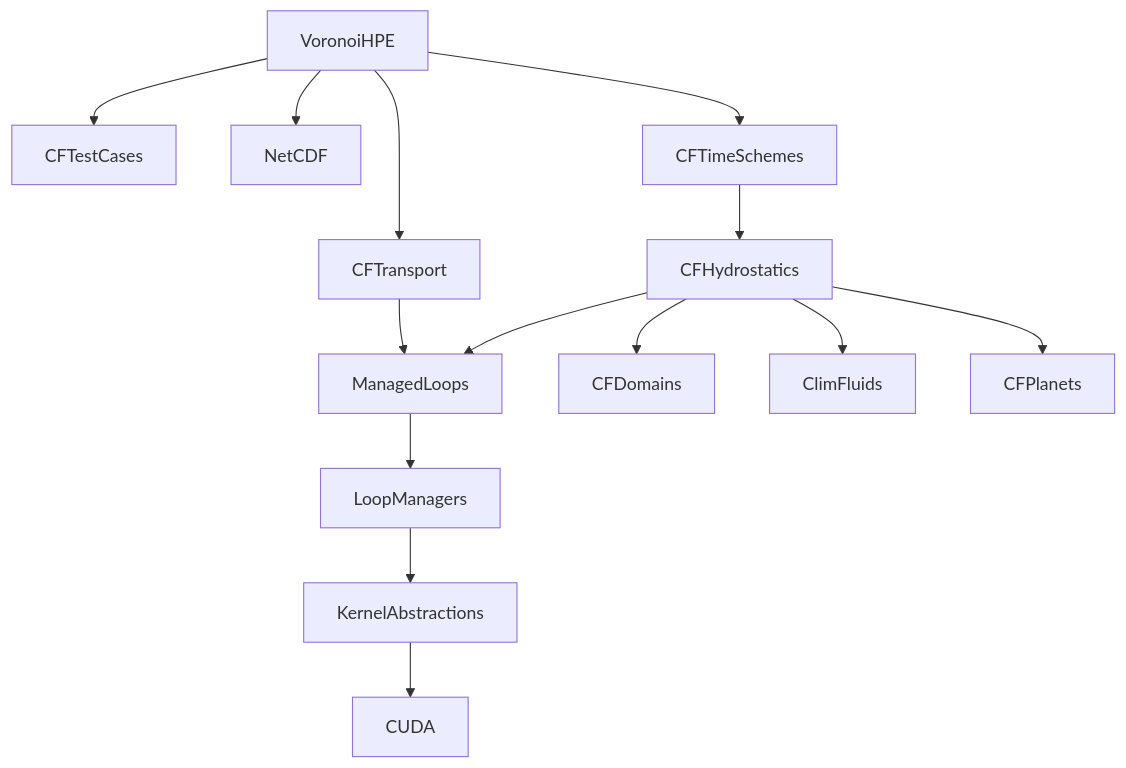
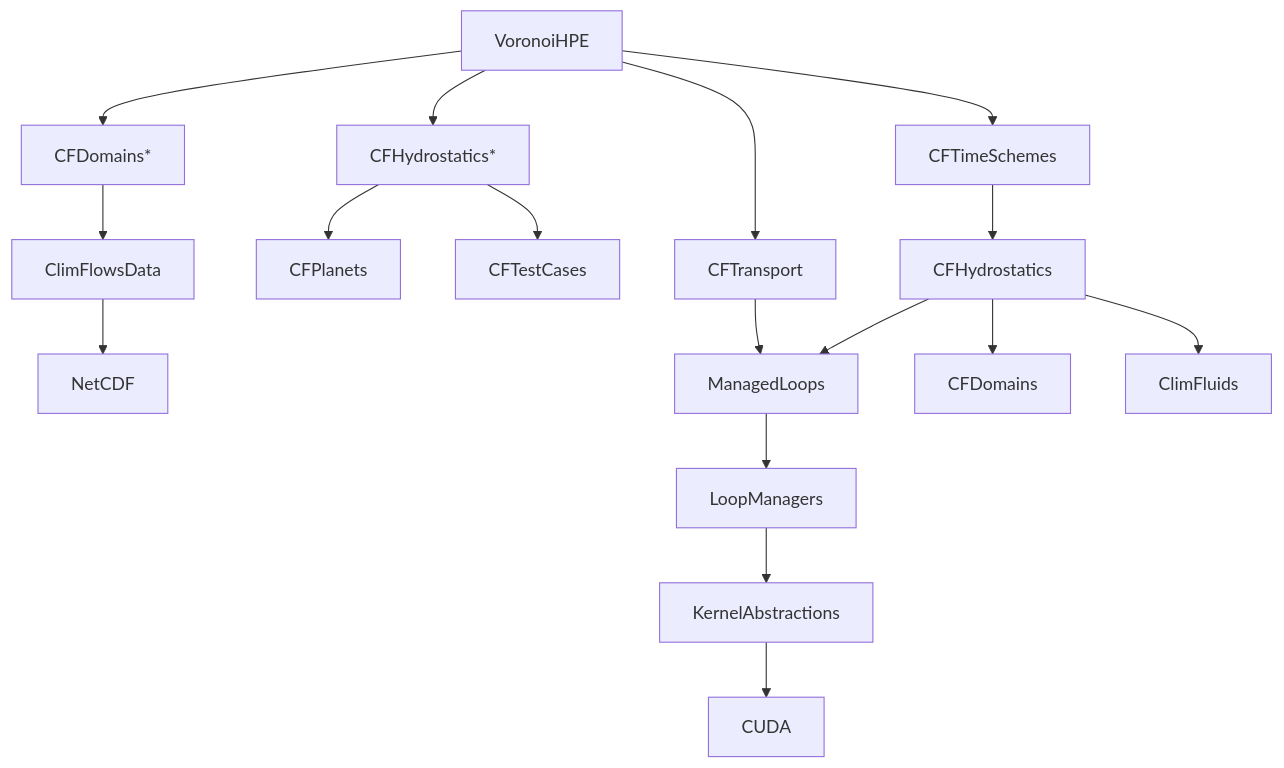
Before and after one commit to ClimFlows/.github: the second of 2 diagrams in profile/README.md, drawn with Mermaid. The commit also changed other lines of this file, not shown here.

````diff
--- a/profile/README.md
+++ b/profile/README.md
@@ -97,16 +98,19 @@
 ```mermaid
 graph TD;
-    VoronoiHPE-->CFTestCases;
-    VoronoiHPE-->NetCDF;
+    VoronoiHPE-->CFDomains*;
+    CFDomains*-->ClimFlowsData;
+    ClimFlowsData-->NetCDF;
+    CFHydrostatics*-->CFPlanets;
+    CFHydrostatics*-->CFTestCases;
     VoronoiHPE-->CFTransport;
     CFTransport --> ManagedLoops;
     VoronoiHPE-->CFTimeSchemes;
+    VoronoiHPE-->CFHydrostatics*;
     CFTimeSchemes-->CFHydrostatics;
     CFHydrostatics-->ManagedLoops;
     CFHydrostatics-->CFDomains;
     CFHydrostatics-->ClimFluids;
-    CFHydrostatics-->CFPlanets;
     ManagedLoops-->LoopManagers;
     LoopManagers-->KernelAbstractions;
     KernelAbstractions-->CUDA;
 ```
````
